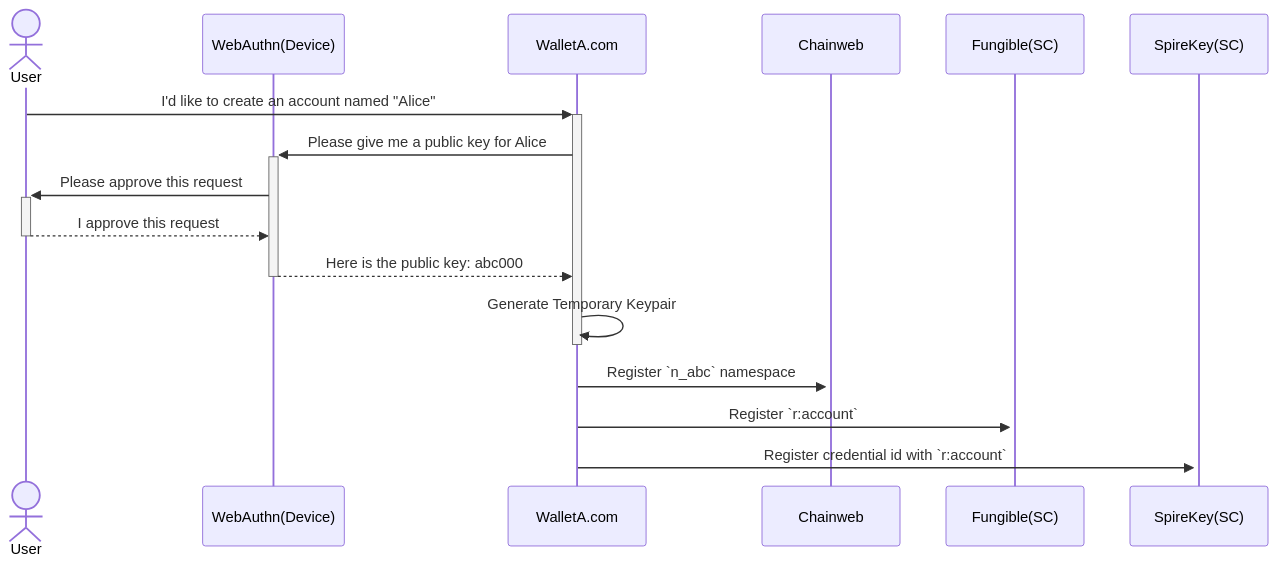
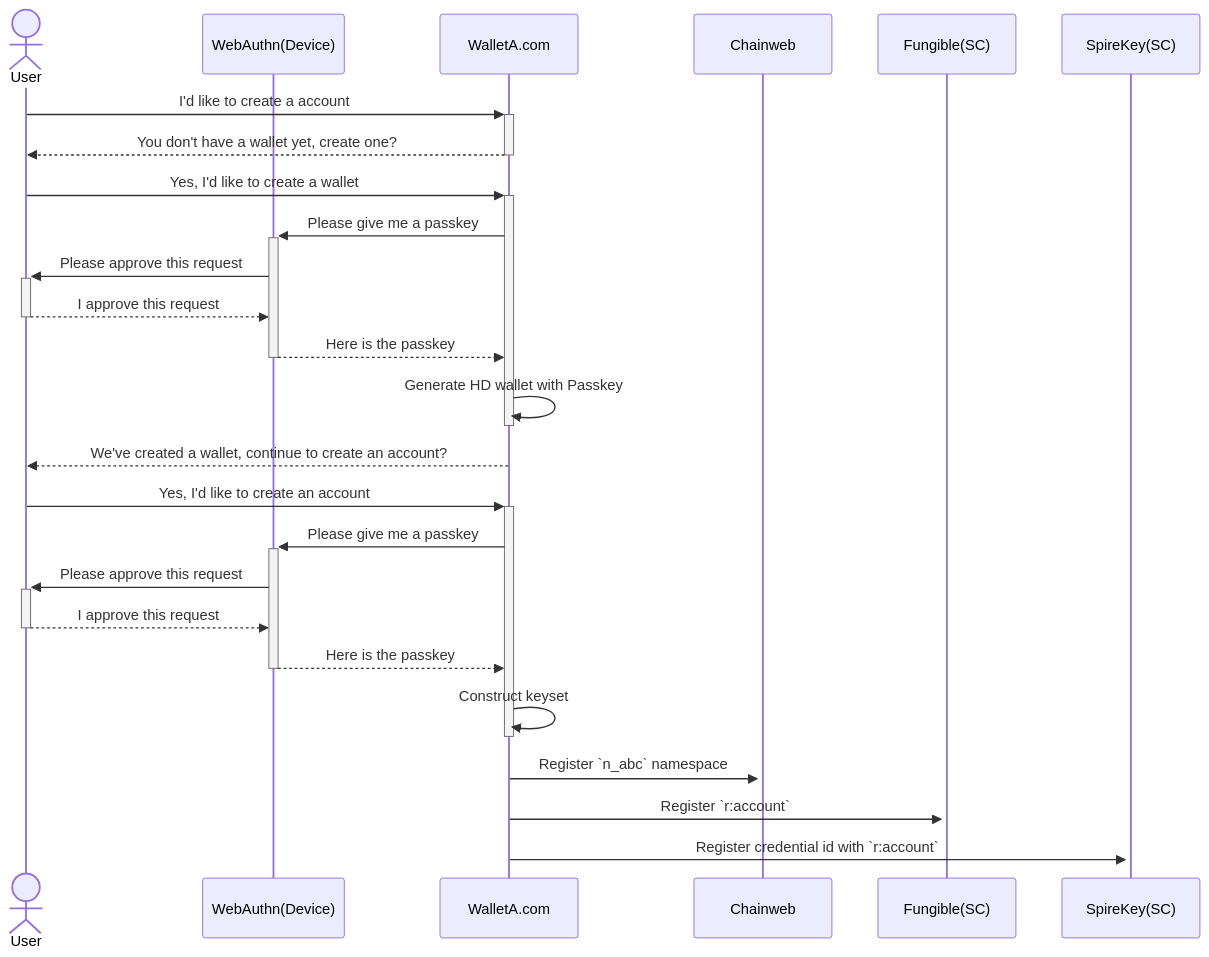
Before and after one commit to kadena-community/spirekey: the first of 4 diagrams in docs/KIP-0023/KIP-0023.md, drawn with Mermaid. The commit also changed other lines of this file, not shown here.

````diff
--- a/docs/KIP-0023/KIP-0023.md
+++ b/docs/KIP-0023/KIP-0023.md
@@ -265,19 +306,28 @@
 ```mermaid
 sequenceDiagram
   actor User
   participant WebAuthn(Device)
   participant WalletA.com
   participant Chainweb
   participant Fungible(SC)
   participant SpireKey(SC)
 
-  User->>+WalletA.com: I'd like to create an account named "Alice"
-  WalletA.com->>+WebAuthn(Device): Please give me a public key for Alice
+  User->>+WalletA.com: I'd like to create a account
+  WalletA.com-->>-User: You don't have a wallet yet, create one?
+  User->>+WalletA.com: Yes, I'd like to create a wallet
+  WalletA.com->>+WebAuthn(Device): Please give me a passkey
   WebAuthn(Device)->>+User: Please approve this request
   User-->>-WebAuthn(Device): I approve this request
-  WebAuthn(Device)-->>-WalletA.com: Here is the public key: abc000
-  WalletA.com->>-WalletA.com: Generate Temporary Keypair
+  WebAuthn(Device)-->>-WalletA.com: Here is the passkey
+  WalletA.com->>-WalletA.com: Generate HD wallet with Passkey
+  WalletA.com-->>User: We've created a wallet, continue to create an account?
+  User->>+WalletA.com: Yes, I'd like to create an account
+  WalletA.com->>+WebAuthn(Device): Please give me a passkey
+  WebAuthn(Device)->>+User: Please approve this request
+  User-->>-WebAuthn(Device): I approve this request
+  WebAuthn(Device)-->>-WalletA.com: Here is the passkey
+  WalletA.com->>-WalletA.com: Construct keyset
   WalletA.com->>+Chainweb: Register `n_abc` namespace
   WalletA.com->>+Fungible(SC): Register `r:account`
   WalletA.com->>+SpireKey(SC): Register credential id with `r:account`
 ```
````
